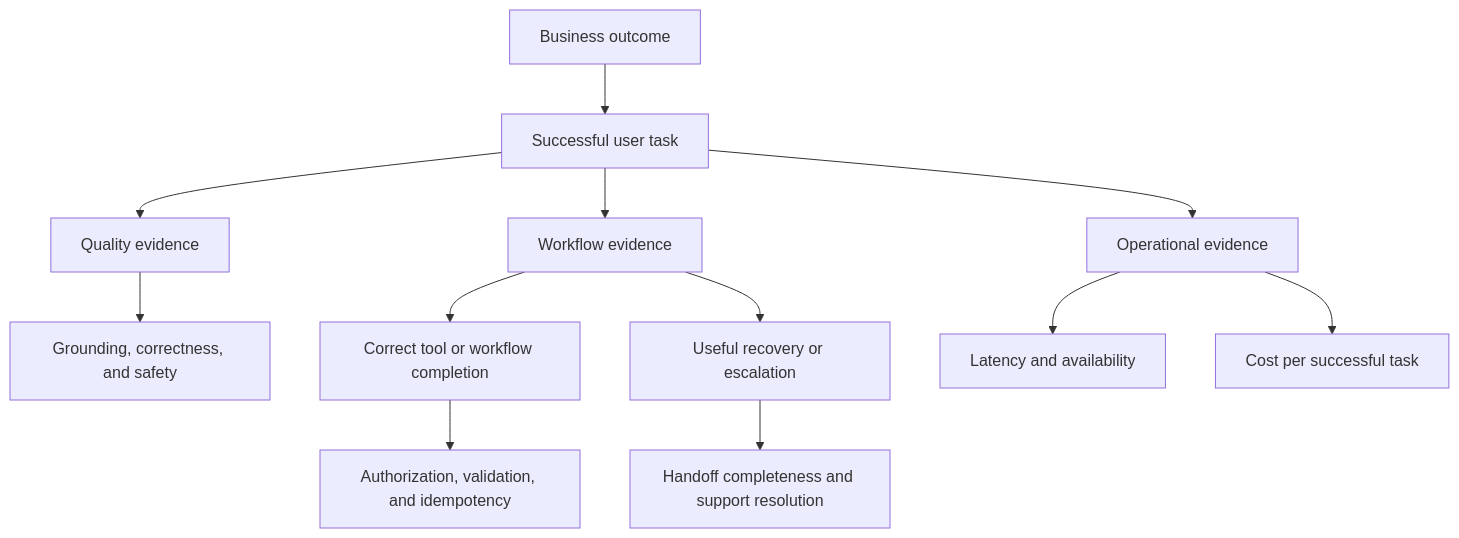
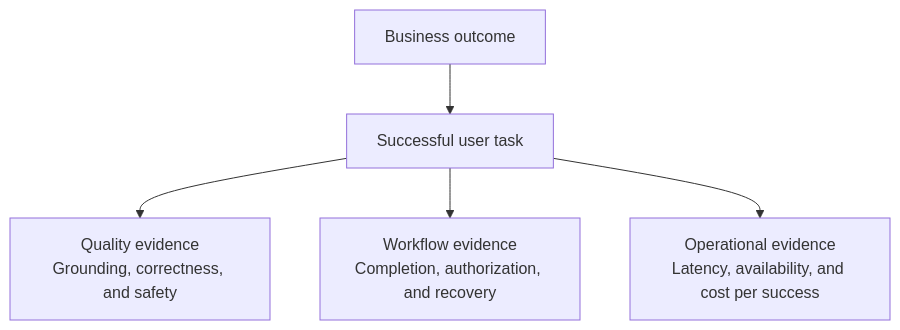
Before and after one commit to TP-Coder-Innovation-Hub/ai-platform-engineering: the third of 3 diagrams in 17-ai-product-engineering/README.md, drawn with Mermaid.

Commit message:
Compact product analytics diagram

````diff
--- a/17-ai-product-engineering/README.md
+++ b/17-ai-product-engineering/README.md
@@ -252,14 +252,7 @@
 ```mermaid
 flowchart TB
     B[Business outcome] --> U[Successful user task]
-    U --> Q[Quality evidence]
-    U --> W[Workflow evidence]
-    U --> O[Operational evidence]
-    Q --> G[Grounding, correctness, and safety]
-    W --> A[Correct tool or workflow completion]
-    W --> R[Useful recovery or escalation]
-    A --> V[Authorization, validation, and idempotency]
-    R --> H[Handoff completeness and support resolution]
-    O --> L[Latency and availability]
-    O --> C[Cost per successful task]
+    U --> Q["Quality evidence<br/>Grounding, correctness, and safety"]
+    U --> W["Workflow evidence<br/>Completion, authorization, and recovery"]
+    U --> O["Operational evidence<br/>Latency, availability, and cost per success"]
 ```
````
